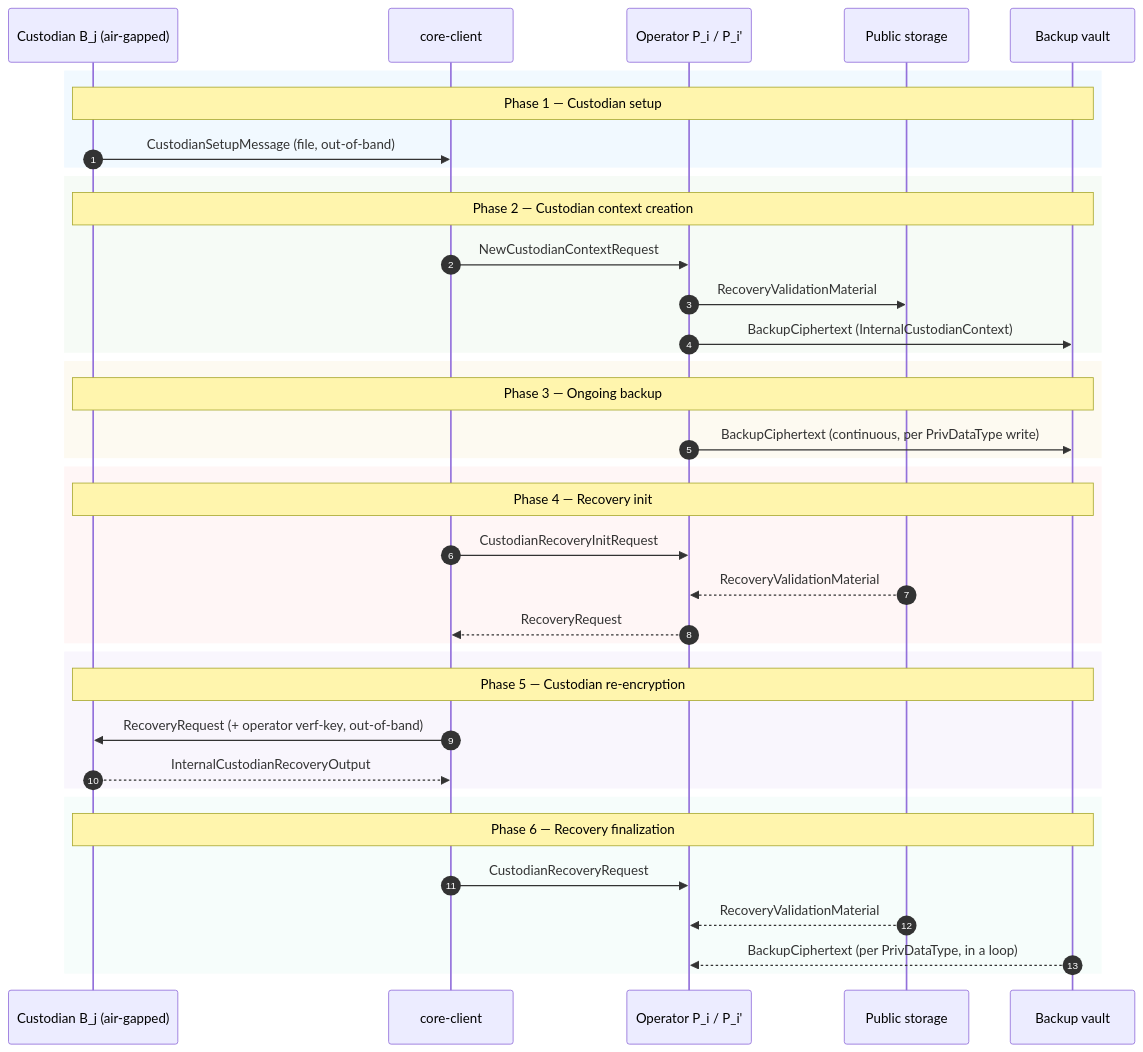
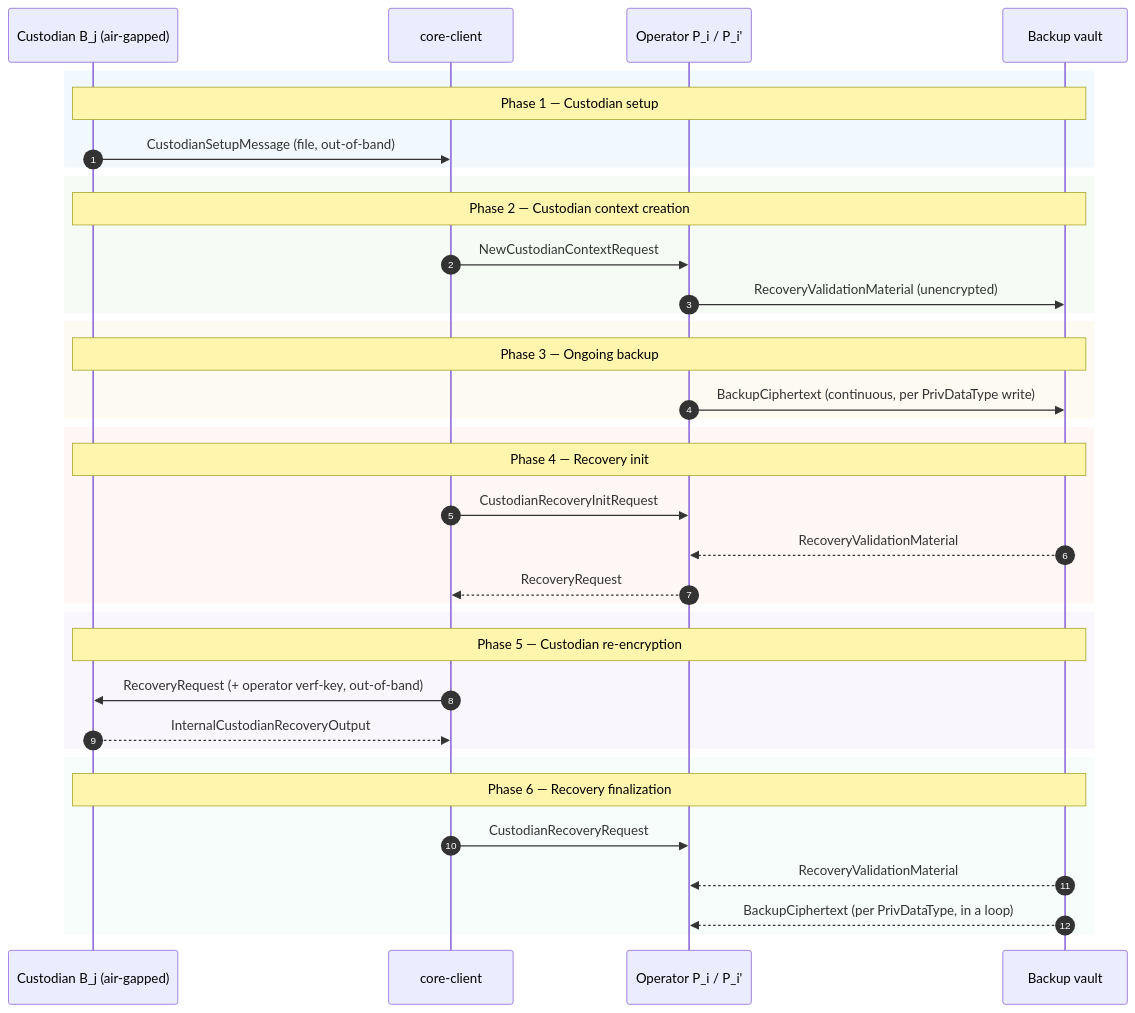
The diagram in docs/guides/backup.md (zama-ai/kms), drawn with Mermaid before and after one commit. The commit also changed other lines of this file and 34 other files, not shown here.

Commit message:
fix!(service): store custodian recovery material in the backup vault

````diff
--- a/docs/guides/backup.md
+++ b/docs/guides/backup.md
@@ -121,46 +121,44 @@
 ```mermaid
 sequenceDiagram
     autonumber
     participant Cus as Custodian B_j (air-gapped)
     participant Cli as core-client
     participant Op as Operator P_i / P_i'
-    participant Pub as Public storage
     participant Vault as Backup vault
 
     rect rgba(200, 230, 255, 0.25)
     Note over Cus, Vault: Phase 1 — Custodian setup
     Cus->>Cli: CustodianSetupMessage (file, out-of-band)
     end
 
     rect rgba(220, 240, 220, 0.25)
     Note over Cus, Vault: Phase 2 — Custodian context creation
     Cli->>Op: NewCustodianContextRequest
-    Op->>Pub: RecoveryValidationMaterial
-    Op->>Vault: BackupCiphertext (InternalCustodianContext)
+    Op->>Vault: RecoveryValidationMaterial (unencrypted)
     end
 
     rect rgba(245, 235, 200, 0.25)
     Note over Cus, Vault: Phase 3 — Ongoing backup
     Op->>Vault: BackupCiphertext (continuous, per PrivDataType write)
     end
 
     rect rgba(255, 220, 220, 0.25)
     Note over Cus, Vault: Phase 4 — Recovery init
     Cli->>Op: CustodianRecoveryInitRequest
-    Pub-->>Op: RecoveryValidationMaterial
+    Vault-->>Op: RecoveryValidationMaterial
     Op-->>Cli: RecoveryRequest
     end
 
     rect rgba(230, 220, 245, 0.25)
     Note over Cus, Vault: Phase 5 — Custodian re-encryption
     Cli->>Cus: RecoveryRequest (+ operator verf-key, out-of-band)
     Cus-->>Cli: InternalCustodianRecoveryOutput
     end
 
     rect rgba(220, 245, 240, 0.25)
     Note over Cus, Vault: Phase 6 — Recovery finalization
     Cli->>Op: CustodianRecoveryRequest
-    Pub-->>Op: RecoveryValidationMaterial
+    Vault-->>Op: RecoveryValidationMaterial
     Vault-->>Op: BackupCiphertext (per PrivDataType, in a loop)
     end
 ```
````
